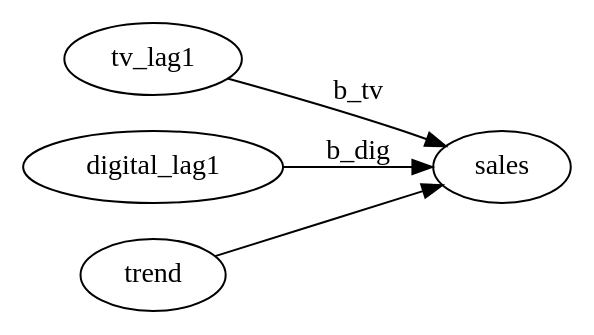
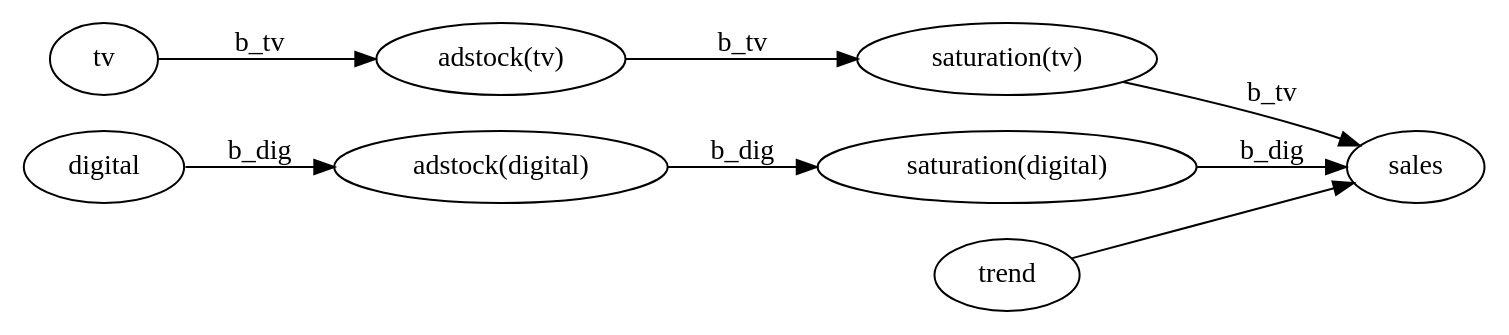
Before and after one commit to pymc-labs/pathmc: the diagram in docs/examples/mmm_basic.qmd, drawn with Graphviz. The commit also changed other lines of this file and 20 other files, not shown here.

````diff
--- a/docs/examples/mmm_basic.qmd
+++ b/docs/examples/mmm_basic.qmd
@@ -17,10 +19,10 @@
 ```{dot}
-//| fig-cap: "MMM DAG: lagged spend channels drive sales."
-//| fig-width: 5
+//| fig-cap: "MMM DAG: transformed spend channels drive sales."
+//| fig-width: 6
 digraph {
   rankdir=LR
-  tv_lag1 -> sales [label="b_tv"]
-  digital_lag1 -> sales [label="b_dig"]
+  tv -> "adstock(tv)" -> "saturation(tv)" -> sales [label="b_tv"]
+  digital -> "adstock(digital)" -> "saturation(digital)" -> sales [label="b_dig"]
   trend -> sales
 }
 ```
````
